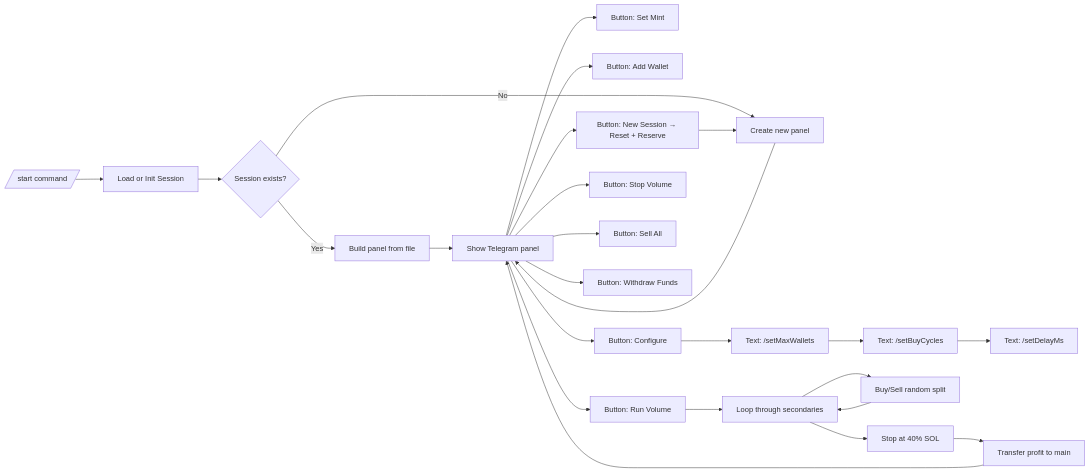
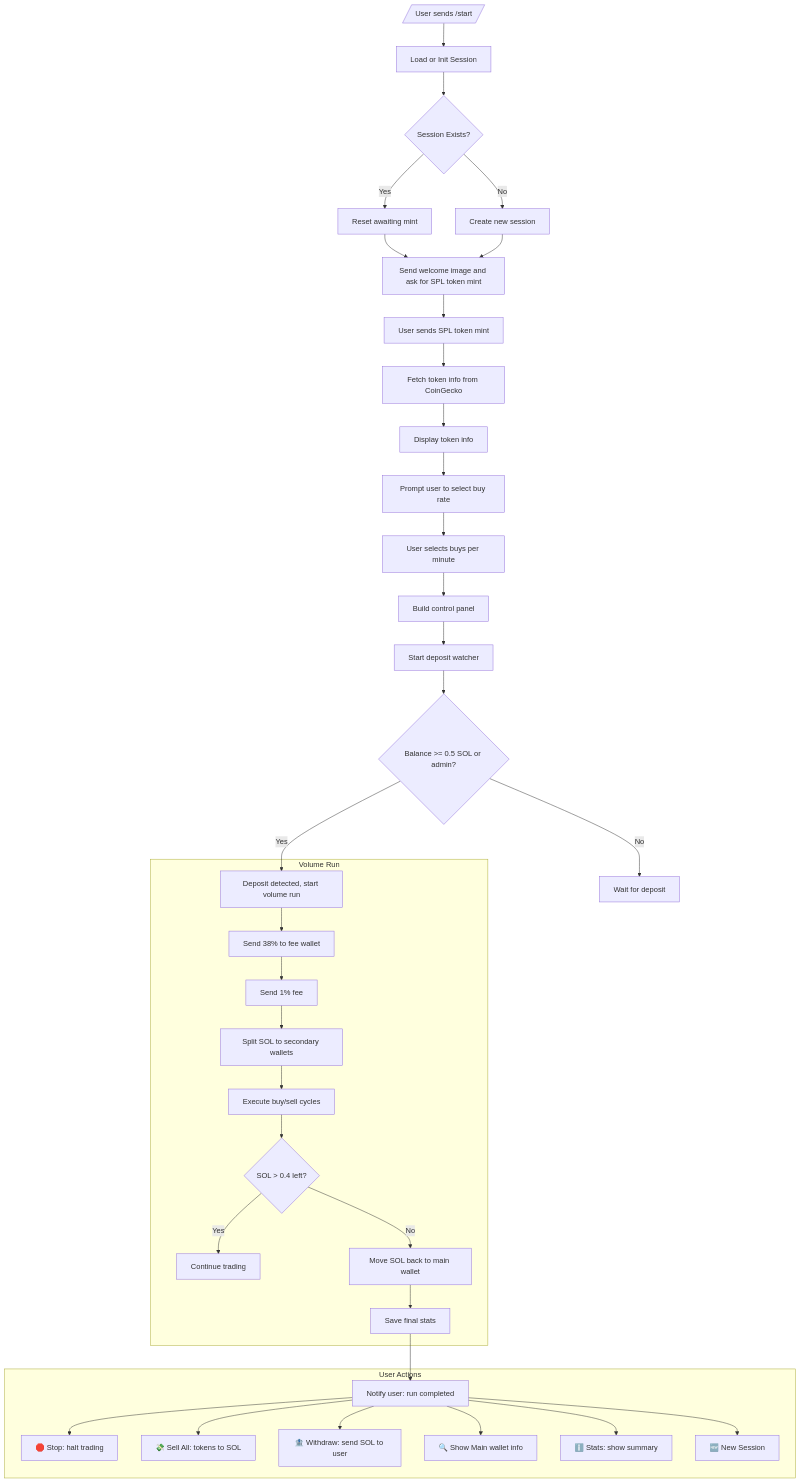
One commit to MaliosDark/voluminoucious-bot changed the diagram in README.md. Above: the diagram before and after it, drawn with Mermaid. The commit also changed other lines of this file, not shown here.

````diff
--- a/README.md
+++ b/README.md
@@ -51,27 +50,45 @@
 ```mermaid
-flowchart LR
-  A[/start command/] --> B[Load or Init Session]
-  B --> C{Session exists?}
-  C -->|Yes| D[Build panel from file]
-  C -->|No| E[Create new panel]
-  D --> F[Show Telegram panel]
-  E --> F
-  F --> G[Button: Set Mint]
-  F --> H[Button: Add Wallet]
-  F --> I[Button: Configure]
-  F --> J[Button: Run Volume]
-  I --> K[Text: /setMaxWallets <n>]
-  K --> L[Text: /setBuyCycles <n>]
-  L --> M[Text: /setDelayMs <ms>]
-  J --> N[Loop through secondaries]
-  N --> O[Buy/Sell random split]
-  O --> N
-  N --> P[Stop at 40% SOL]
-  P --> Q[Transfer profit to main]
-  Q --> F
-  F --> R[Button: Stop Volume]
-  F --> S[Button: Sell All]
-  F --> T[Button: Withdraw Funds]
-  F --> U[Button: New Session → Reset + Reserve]
-  U --> E
+flowchart TD
+  Start[/User sends /start/] --> Load[Load or Init Session]
+  Load --> Check{Session Exists?}
+  Check -- Yes --> Reset[Reset awaiting mint]
+  Check -- No --> Init[Create new session]
+
+  Reset --> Welcome[Send welcome image and ask for SPL token mint]
+  Init --> Welcome
+
+  Welcome --> InputMint[User sends SPL token mint]
+  InputMint --> FetchInfo[Fetch token info from CoinGecko]
+  FetchInfo --> ShowInfo[Display token info]
+  ShowInfo --> AskRate[Prompt user to select buy rate]
+  AskRate --> SetRate[User selects buys per minute]
+  SetRate --> BuildPanel[Build control panel]
+  BuildPanel --> Watcher[Start deposit watcher]
+
+  Watcher --> CheckDeposit{Balance >= 0.5 SOL or admin?}
+  CheckDeposit -- No --> Wait[Wait for deposit]
+  CheckDeposit -- Yes --> Boost[Deposit detected, start volume run]
+
+  subgraph VolumeRun [Volume Run]
+    Boost --> Reserve[Send 38% to fee wallet]
+    Reserve --> OptionalFee[Send 1% fee]
+    OptionalFee --> Split[Split SOL to secondary wallets]
+    Split --> TradeLoop[Execute buy/sell cycles]
+    TradeLoop --> CheckWallet{SOL > 0.4 left?}
+    CheckWallet -- Yes --> Continue[Continue trading]
+    CheckWallet -- No --> Collect[Move SOL back to main wallet]
+    Collect --> SaveStats[Save final stats]
+  end
+
+  SaveStats --> Notify[Notify user: run completed]
+
+  subgraph Controls [User Actions]
+    Notify --> Stop[🛑 Stop: halt trading]
+    Notify --> SellAll[💸 Sell All: tokens to SOL]
+    Notify --> Withdraw[🏦 Withdraw: send SOL to user]
+    Notify --> ShowMain[🔍 Show Main wallet info]
+    Notify --> ShowStats[ℹ️ Stats: show summary]
+    Notify --> NewSession[🆕 New Session]
+  end
+
 ```
````
